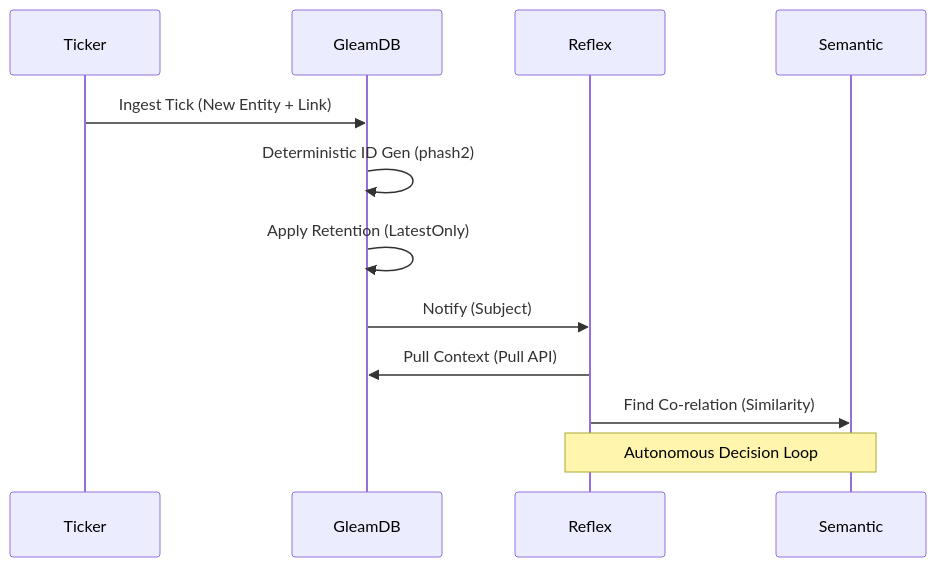
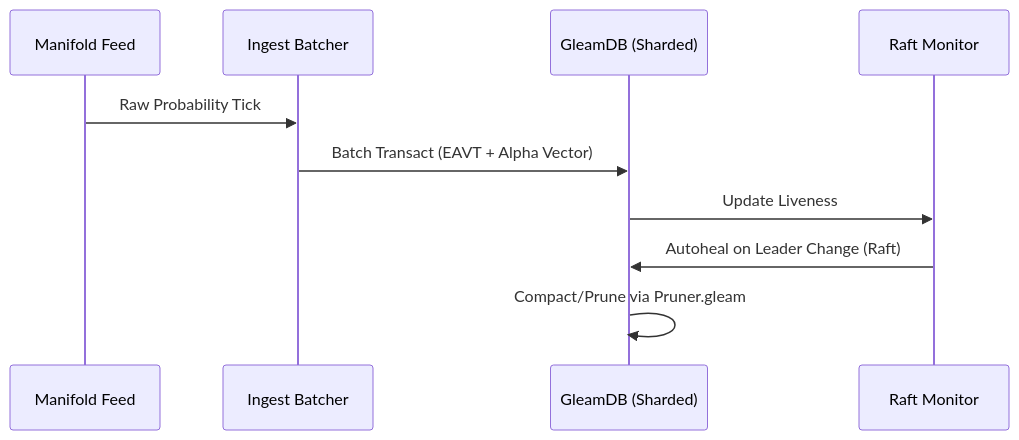
Before and after one commit to criticalinsight/gswarm: the diagram in docs/architecture.md, drawn with Mermaid. The commit also changed other lines of this file and 54 other files, not shown here.

````diff
--- a/docs/architecture.md
+++ b/docs/architecture.md
@@ -21,15 +25,13 @@
 ```mermaid
 sequenceDiagram
-    participant T as Ticker
-    participant G as GleamDB
-    participant R as Reflex
-    participant S as Semantic
+    participant F as Manifold Feed
+    participant B as Ingest Batcher
+    participant G as GleamDB (Sharded)
+    participant R as Raft Monitor
     
-    T->>G: Ingest Tick (New Entity + Link)
-    G->>G: Deterministic ID Gen (phash2)
-    G->>G: Apply Retention (LatestOnly)
-    G->>R: Notify (Subject)
-    R->>G: Pull Context (Pull API)
-    R->>S: Find Co-relation (Similarity)
-    Note over R,S: Autonomous Decision Loop
+    F->>B: Raw Probability Tick
+    B->>G: Batch Transact (EAVT + Alpha Vector)
+    G->>R: Update Liveness
+    R->>G: Autoheal on Leader Change (Raft)
+    G->>G: Compact/Prune via Pruner.gleam
 ```
````
